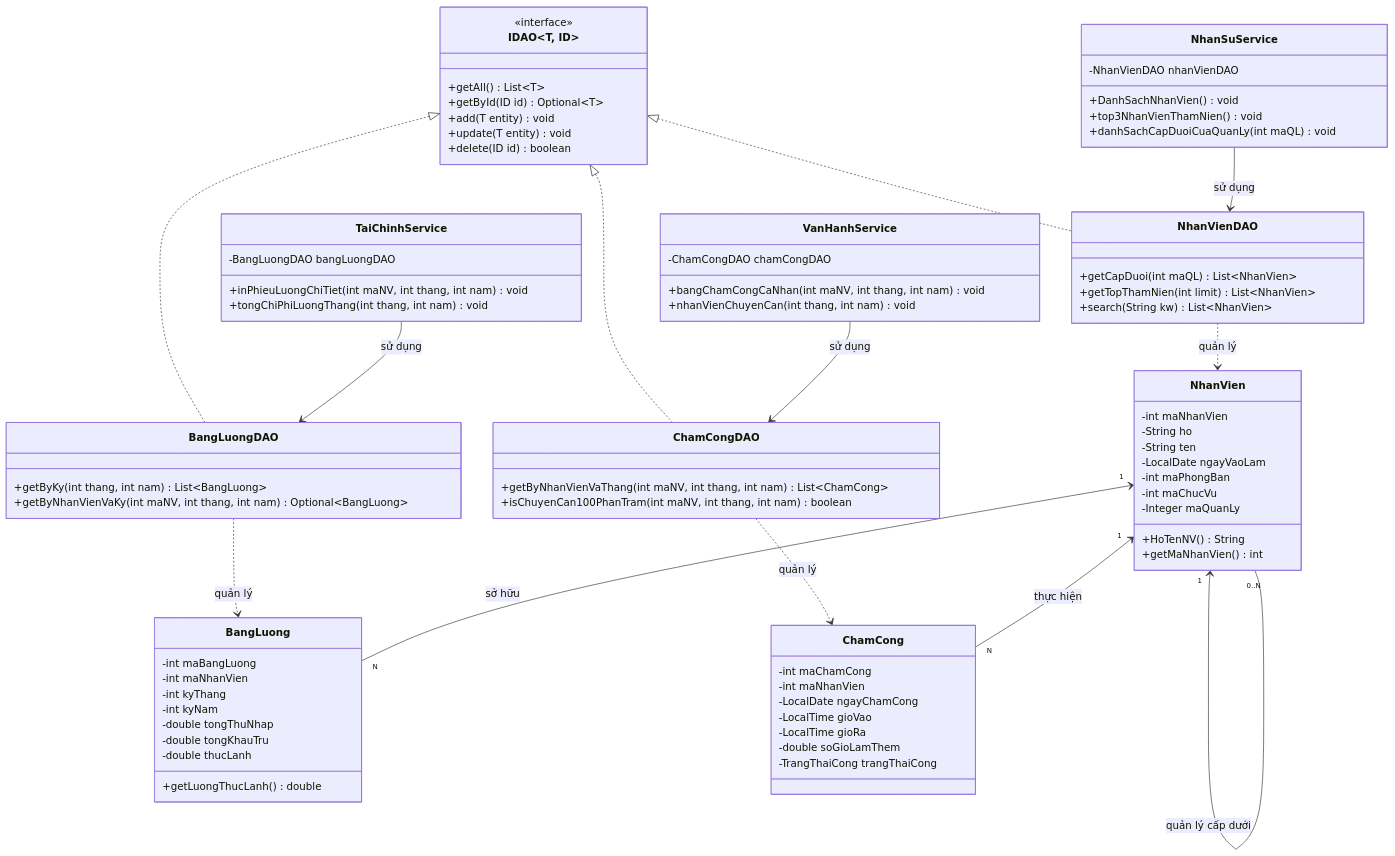
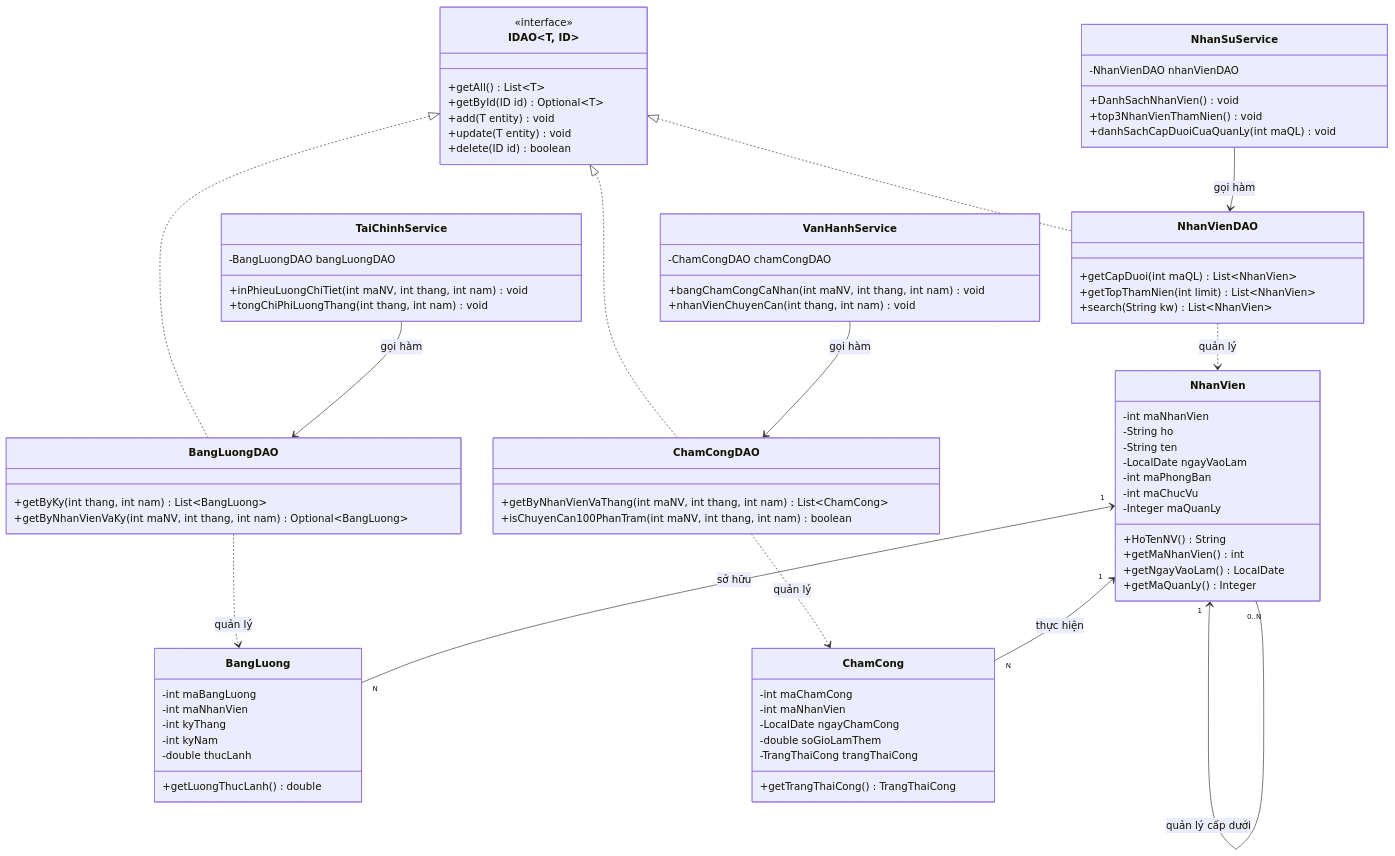
One commit to DHLinhx/OOP_HRM-TaskManagement_Java changed the diagram in README.md. Above: the diagram before and after it, drawn with Mermaid. The commit also changed other lines of this file and 5 other files, not shown here.

```diff
--- a/README.md
+++ b/README.md
@@ -168,7 +168,7 @@
     IDAO <|.. BangLuongDAO
     IDAO <|.. ChamCongDAO
 
-    %% Các lớp Model chính
+    %% Các lớp Model
     class NhanVien {
         -int maNhanVien
         -String ho
@@ -179,6 +179,8 @@
         -Integer maQuanLy
         +HoTenNV() String
         +getMaNhanVien() int
+        +getNgayVaoLam() LocalDate
+        +getMaQuanLy() Integer
     }
 
     class BangLuong {
@@ -186,8 +188,6 @@
         -int maNhanVien
         -int kyThang
         -int kyNam
-        -double tongThuNhap
-        -double tongKhauTru
         -double thucLanh
         +getLuongThucLanh() double
     }
@@ -196,10 +196,9 @@
         -int maChamCong
         -int maNhanVien
         -LocalDate ngayChamCong
-        -LocalTime gioVao
-        -LocalTime gioRa
         -double soGioLamThem
         -TrangThaiCong trangThaiCong
+        +getTrangThaiCong() TrangThaiCong
     }
 
     %% Các lớp Service
@@ -222,10 +221,10 @@
         +tongChiPhiLuongThang(int thang, int nam) void
     }
 
-    %% Quan hệ giữa các thành phần
-    NhanSuService --> NhanVienDAO : sử dụng
-    VanHanhService --> ChamCongDAO : sử dụng
-    TaiChinhService --> BangLuongDAO : sử dụng
+    %% Mối liên kết
+    NhanSuService --> NhanVienDAO : gọi hàm
+    VanHanhService --> ChamCongDAO : gọi hàm
+    TaiChinhService --> BangLuongDAO : gọi hàm
     NhanVienDAO ..> NhanVien : quản lý
     BangLuongDAO ..> BangLuong : quản lý
     ChamCongDAO ..> ChamCong : quản lý
```
